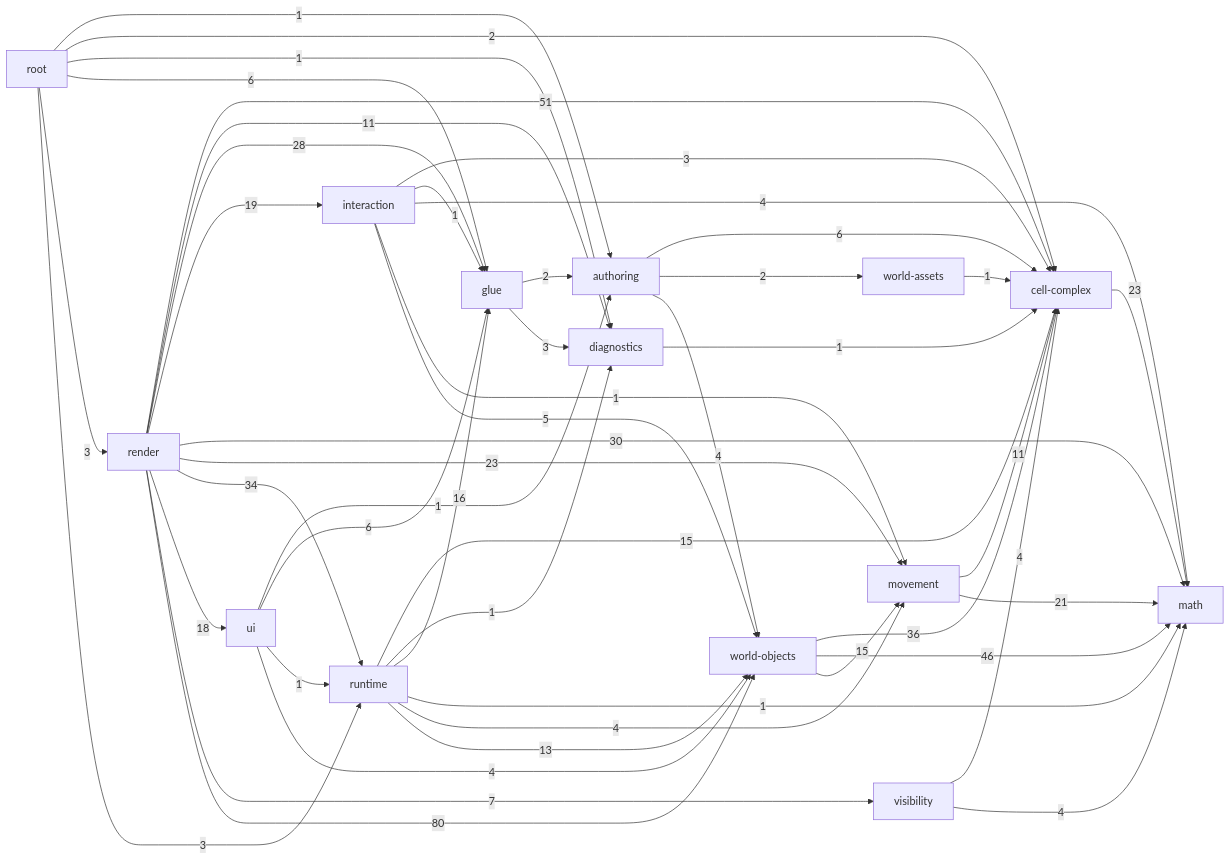
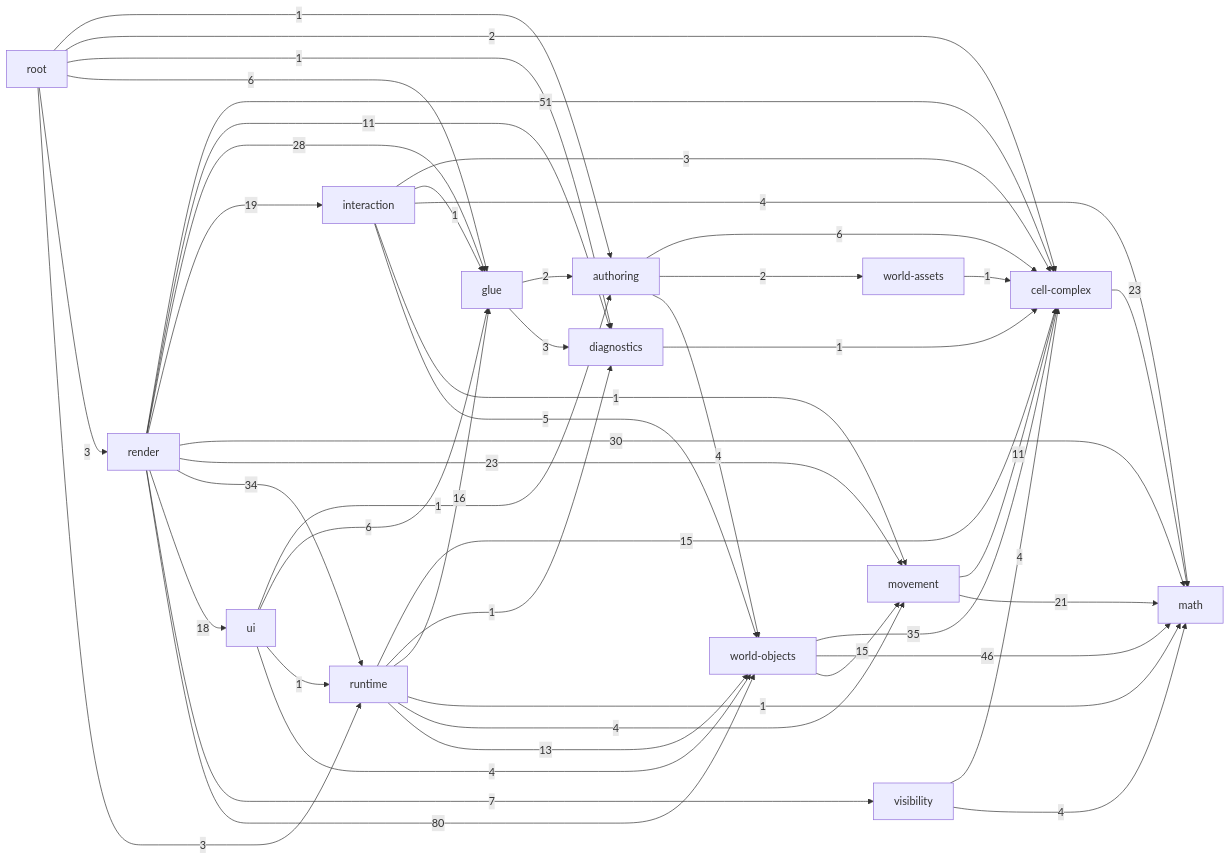
Before and after one commit to guraltsev/noneuclid-fpv: the diagram in _docs/generated/ARCHITECTURE_REFERENCE.md, drawn with Mermaid. The commit also changed other lines of this file and 25 other files, not shown here.

````diff
--- a/_docs/generated/ARCHITECTURE_REFERENCE.md
+++ b/_docs/generated/ARCHITECTURE_REFERENCE.md
@@ -35,63 +35,63 @@
 ```mermaid
 flowchart LR
   math["math"]
   cell_complex["cell-complex"]
   diagnostics["diagnostics"]
   visibility["visibility"]
   movement["movement"]
   world_assets["world-assets"]
   world_objects["world-objects"]
   authoring["authoring"]
   glue["glue"]
   interaction["interaction"]
   runtime["runtime"]
   ui["ui"]
   render["render"]
   root["root"]
   authoring -->|6| cell_complex
   authoring -->|2| world_assets
   authoring -->|4| world_objects
   cell_complex -->|23| math
   diagnostics -->|1| cell_complex
   glue -->|2| authoring
   glue -->|3| diagnostics
   interaction -->|3| cell_complex
   interaction -->|1| glue
   interaction -->|4| math
   interaction -->|1| movement
   interaction -->|5| world_objects
   movement -->|11| cell_complex
   movement -->|21| math
   render -->|51| cell_complex
   render -->|11| diagnostics
   render -->|28| glue
   render -->|19| interaction
   render -->|30| math
   render -->|23| movement
   render -->|34| runtime
   render -->|18| ui
   render -->|7| visibility
   render -->|80| world_objects
   root -->|1| authoring
   root -->|2| cell_complex
   root -->|1| diagnostics
   root -->|6| glue
   root -->|3| render
   root -->|3| runtime
   runtime -->|15| cell_complex
   runtime -->|1| diagnostics
   runtime -->|16| glue
   runtime -->|1| math
   runtime -->|4| movement
   runtime -->|13| world_objects
   ui -->|1| authoring
   ui -->|6| glue
   ui -->|1| runtime
   ui -->|4| world_objects
   visibility -->|4| cell_complex
   visibility -->|4| math
   world_assets -->|1| cell_complex
-  world_objects -->|36| cell_complex
+  world_objects -->|35| cell_complex
   world_objects -->|46| math
   world_objects -->|15| movement
 ```
````
